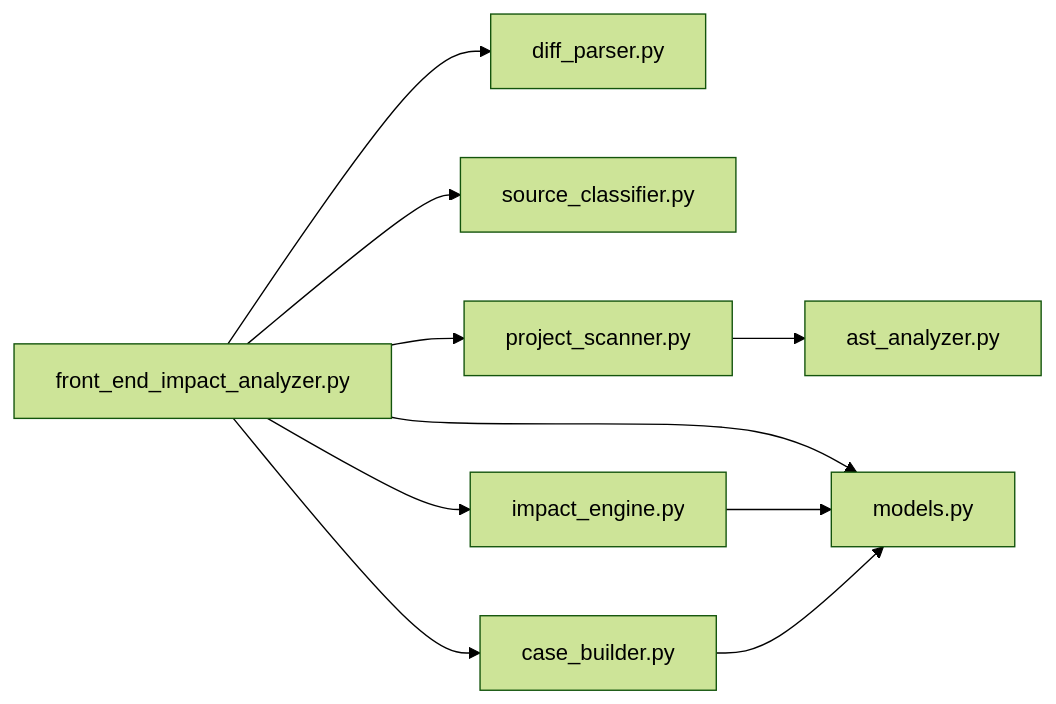
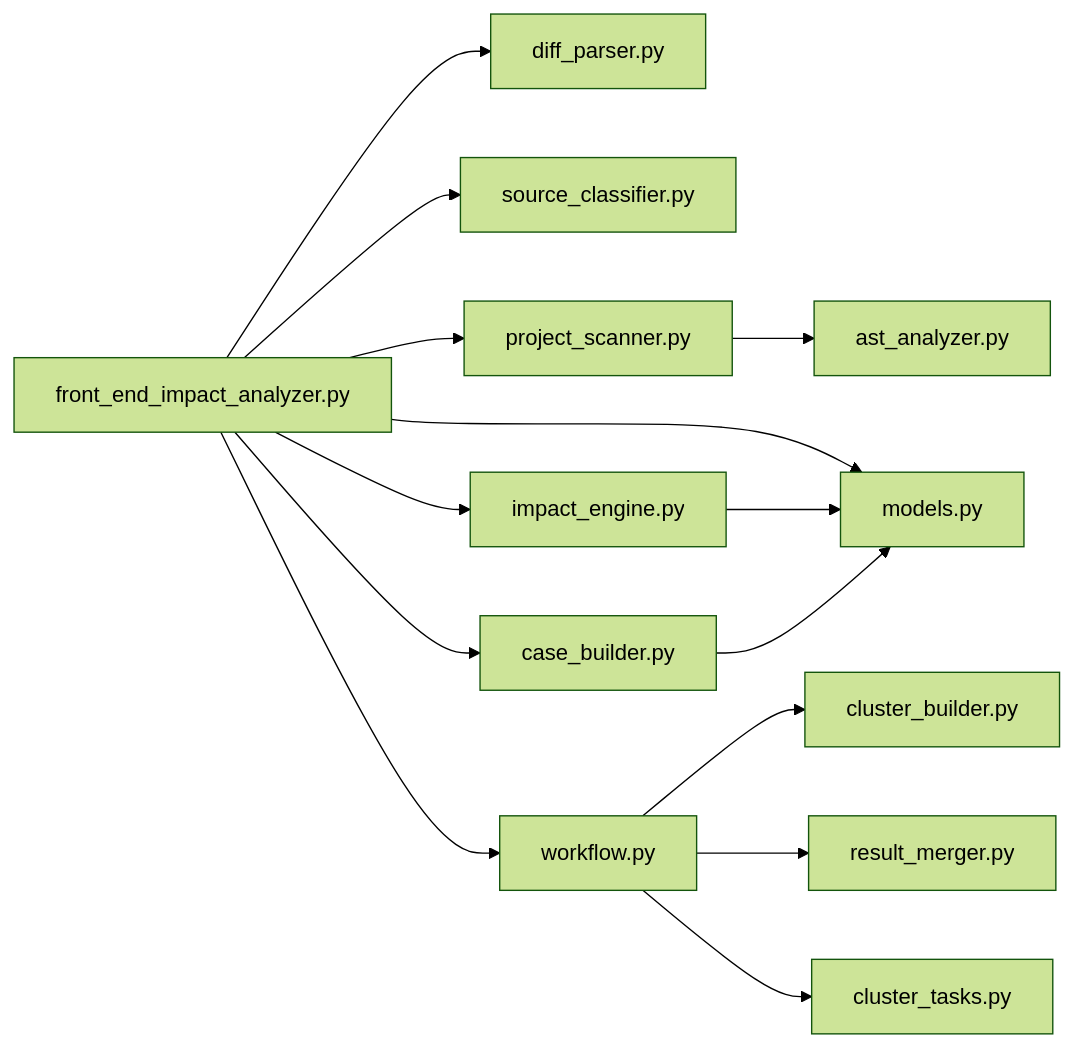
Before and after one commit to brand-new-remo/frontend-impact-analyzer: the tenth of 12 diagrams in .qoder/repowiki/zh/content/技术架构/技术架构.md, drawn with Mermaid (forest theme). The commit also changed other lines of this file and 9 other files, not shown here.

````diff
--- a/.qoder/repowiki/zh/content/技术架构/技术架构.md
+++ b/.qoder/repowiki/zh/content/技术架构/技术架构.md
@@ -323,12 +519,16 @@
 ```mermaid
 graph LR
 Entry["front_end_impact_analyzer.py"] --> Diff["diff_parser.py"]
 Entry --> Class["source_classifier.py"]
 Entry --> Scan["project_scanner.py"]
 Entry --> Analyzer["impact_engine.py"]
 Entry --> Cases["case_builder.py"]
 Entry --> Models["models.py"]
+Entry --> Workflow["workflow.py"]
 Scan --> AST["ast_analyzer.py"]
 Analyzer --> Models
 Cases --> Models
+Workflow --> ClusterBuilder["cluster_builder.py"]
+Workflow --> ResultMerger["result_merger.py"]
+Workflow --> ClusterTasks["cluster_tasks.py"]
 ```
````
